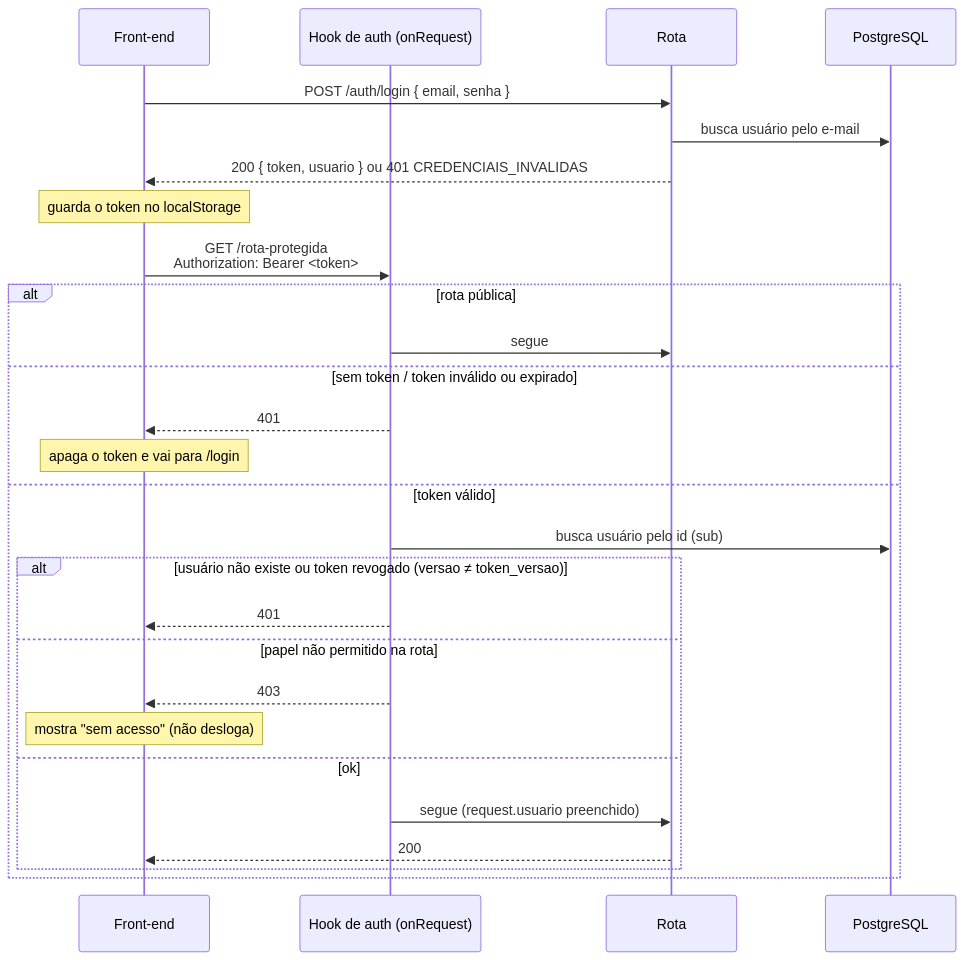
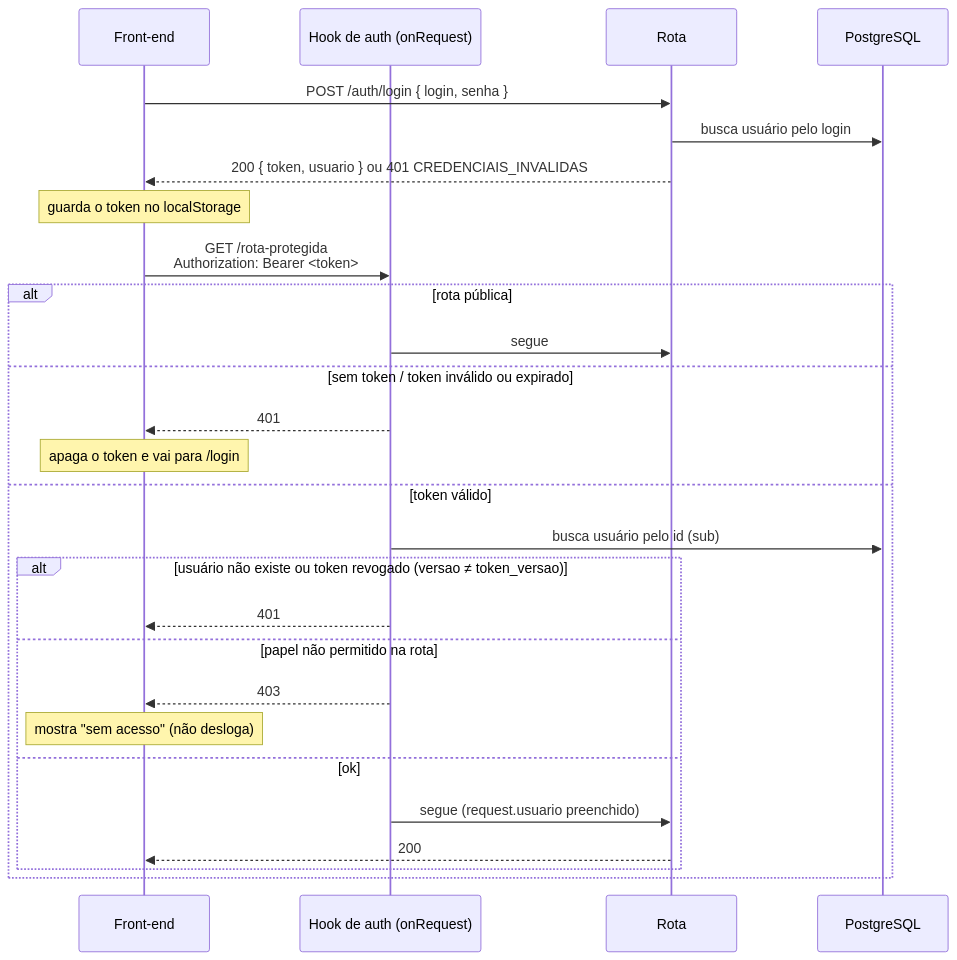
The diagram in docs/autenticacao.md (cdghubinatel/SefiTeam-Versao-2), drawn with Mermaid before and after one commit. The commit also changed other lines of this file and 5 other files, not shown here.

````diff
--- a/docs/autenticacao.md
+++ b/docs/autenticacao.md
@@ -7,31 +7,31 @@
 ```mermaid
 sequenceDiagram
     participant F as Front-end
     participant H as Hook de auth (onRequest)
     participant R as Rota
     participant DB as PostgreSQL
 
-    F->>R: POST /auth/login { email, senha }
-    R->>DB: busca usuário pelo e-mail
+    F->>R: POST /auth/login { login, senha }
+    R->>DB: busca usuário pelo login
     R-->>F: 200 { token, usuario } ou 401 CREDENCIAIS_INVALIDAS
     Note over F: guarda o token no localStorage
 
     F->>H: GET /rota-protegida<br/>Authorization: Bearer <token>
     alt rota pública
         H->>R: segue
     else sem token / token inválido ou expirado
         H-->>F: 401
         Note over F: apaga o token e vai para /login
     else token válido
         H->>DB: busca usuário pelo id (sub)
         alt usuário não existe ou token revogado (versao ≠ token_versao)
             H-->>F: 401
         else papel não permitido na rota
             H-->>F: 403
             Note over F: mostra "sem acesso" (não desloga)
         else ok
             H->>R: segue (request.usuario preenchido)
             R-->>F: 200
         end
     end
 ```
````
